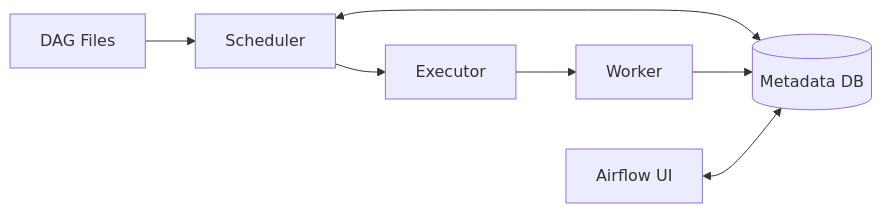
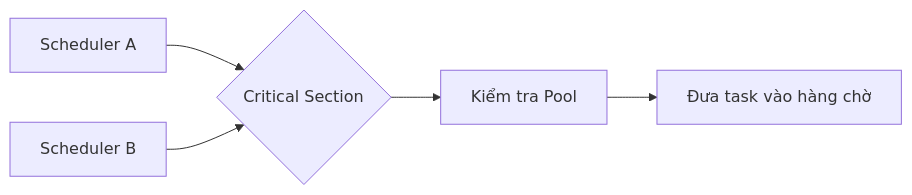
One commit to ItsLewis-DE/architecture_handbook changed the third of 3 diagrams in docs/airflow/architecture.md. Above: the diagram before and after it, drawn with Mermaid. The commit also changed other lines of this file and 53 other files, not shown here.

````diff
--- a/docs/airflow/architecture.md
+++ b/docs/airflow/architecture.md
@@ -7,10 +135,7 @@
 ```mermaid
 flowchart LR
-    DAG[DAG Files] --> Scheduler
-    Scheduler --> Executor
-    Executor --> Worker
-
-    Scheduler <--> DB[(Metadata DB)]
-    Worker --> DB
-    UI[Airflow UI] <--> DB
+    A[Scheduler A] --> C{Critical Section}
+    B[Scheduler B] --> C
+    C --> D[Kiểm tra Pool]
+    D --> E[Đưa task vào hàng chờ]
 ```
````
